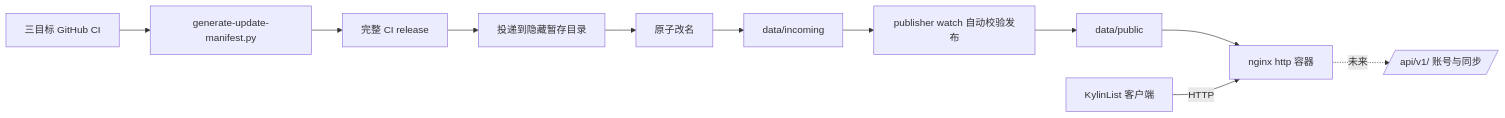
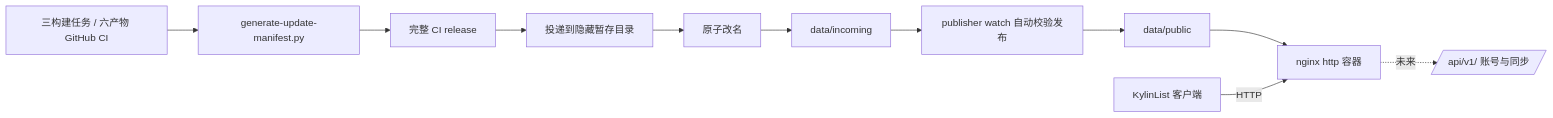
Before and after one commit to hualiyexi/kylinnote: the diagram in docs/updates.md, drawn with Mermaid. The commit also changed other lines of this file and 7 other files, not shown here.

````diff
--- a/docs/updates.md
+++ b/docs/updates.md
@@ -14,9 +14,9 @@
 ```mermaid
 flowchart LR
-    CI[三目标 GitHub CI] --> G[generate-update-manifest.py] --> R[完整 CI release]
+    CI[三构建任务 / 六产物 GitHub CI] --> G[generate-update-manifest.py] --> R[完整 CI release]
     R --> P[投递到隐藏暂存目录] --> M[原子改名] --> S[data/incoming]
     S --> PUB[publisher watch 自动校验发布] --> F[data/public]
     F --> NG[nginx http 容器]
     K[KylinList 客户端] -->|HTTP| NG
     NG -. 未来 .-> API[/api/v1/ 账号与同步/]
 ```
````
